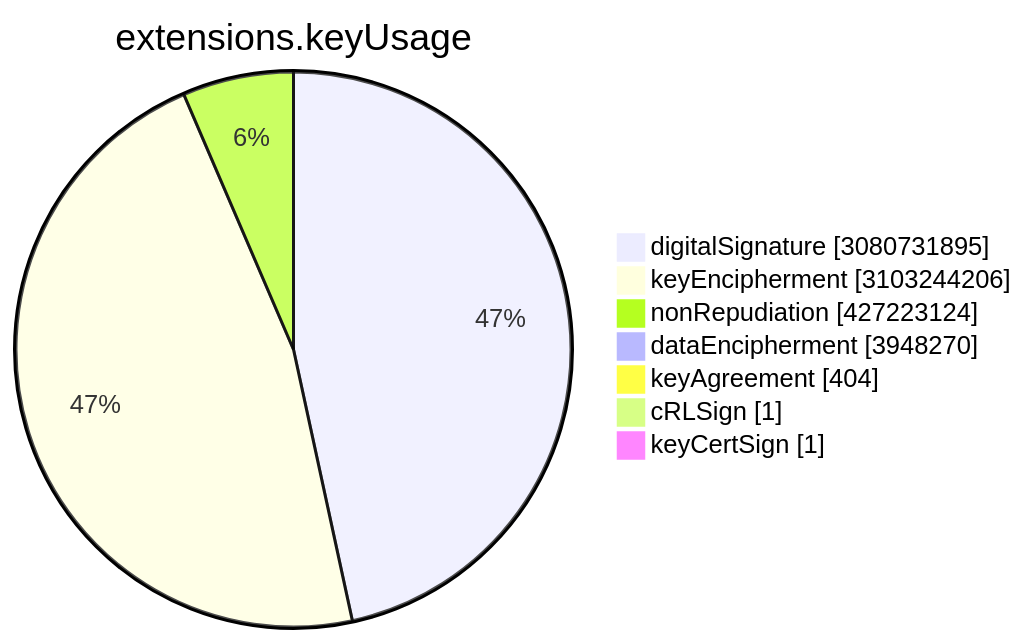
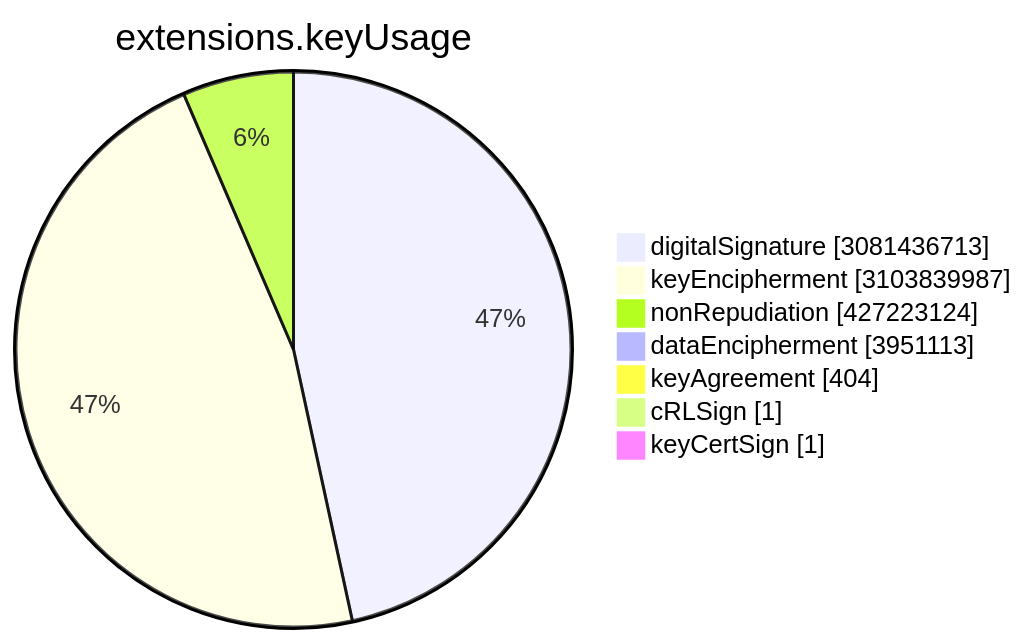
Before and after one commit to christiankrug/ctmonitor_visualization: the sixth of 15 diagrams in TOTAL/README.md, drawn with Mermaid. The commit also changed other lines of this file, not shown here.

````diff
--- a/TOTAL/README.md
+++ b/TOTAL/README.md
@@ -3077,11 +3077,11 @@
 ```mermaid
 pie showData
 title extensions.keyUsage
-"digitalSignature" :3080731895
-"keyEncipherment" :3103244206
+"digitalSignature" :3081436713
+"keyEncipherment" :3103839987
 "nonRepudiation" :427223124
-"dataEncipherment" :3948270
+"dataEncipherment" :3951113
 "keyAgreement" :404
 "cRLSign" :1
 "keyCertSign" :1
 ```
````
